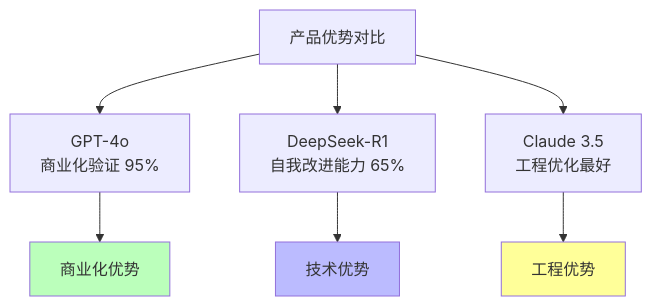
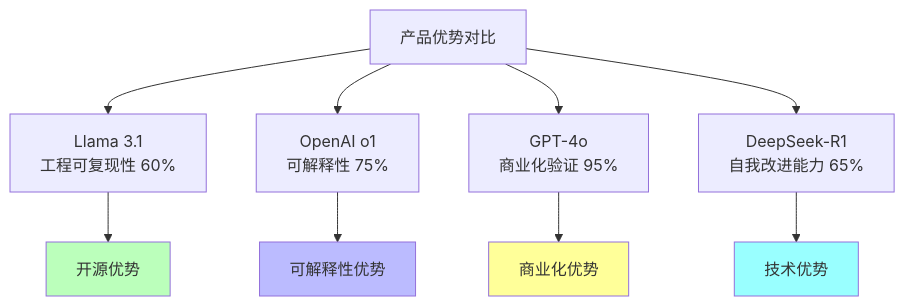
The eighth of 10 diagrams in concepts/02-AI炼金术转化度模型/02.1.3-典型产品转化度分析.md (AdaMartin18010/FormalAI), drawn with Mermaid before and after one commit. The commit also changed other lines of this file and 50 other files, not shown here.

````diff
--- a/concepts/02-AI炼金术转化度模型/02.1.3-典型产品转化度分析.md
+++ b/concepts/02-AI炼金术转化度模型/02.1.3-典型产品转化度分析.md
@@ -283,14 +478,17 @@
 ```mermaid
 graph TB
-    A[产品优势对比] --> B[GPT-4o<br>商业化验证 95%]
-    A --> C[DeepSeek-R1<br>自我改进能力 65%]
-    A --> D[Claude 3.5<br>工程优化最好]
+    A[产品优势对比] --> B[Llama 3.1<br>工程可复现性 60%]
+    A --> C[OpenAI o1<br>可解释性 75%]
+    A --> D[GPT-4o<br>商业化验证 95%]
+    A --> E[DeepSeek-R1<br>自我改进能力 65%]
 
-    B --> E[商业化优势]
-    C --> F[技术优势]
-    D --> G[工程优势]
+    B --> F[开源优势]
+    C --> G[可解释性优势]
+    D --> H[商业化优势]
+    E --> I[技术优势]
 
-    style E fill:#bfb
-    style F fill:#bbf
-    style G fill:#ff9
+    style F fill:#bfb
+    style G fill:#bbf
+    style H fill:#ff9
+    style I fill:#9ff
 ```
````
